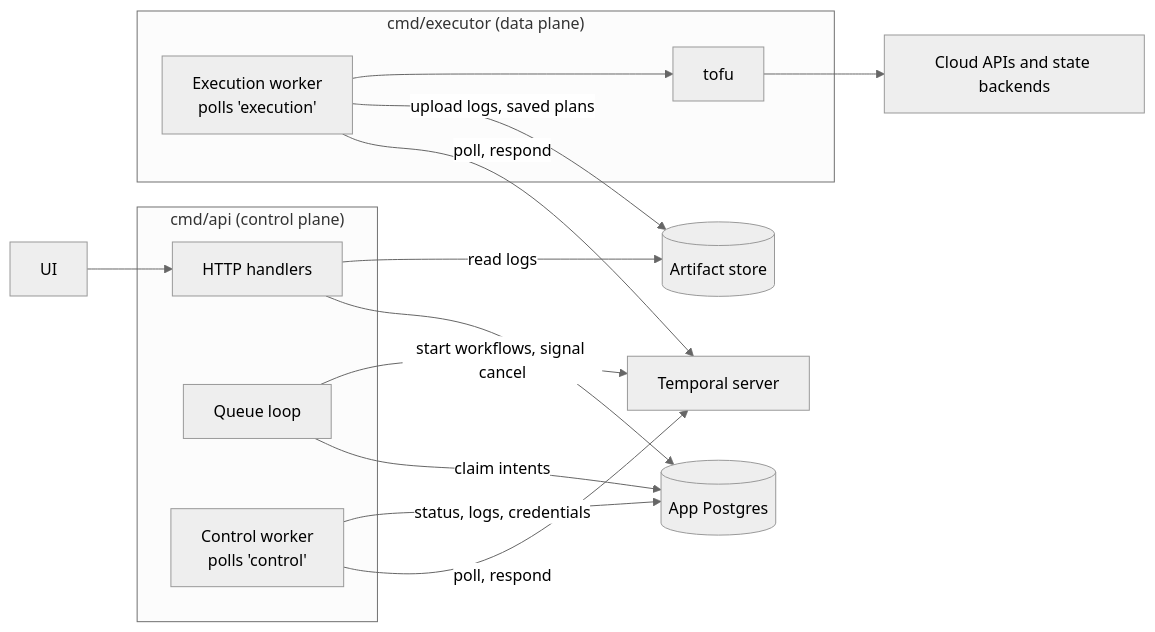
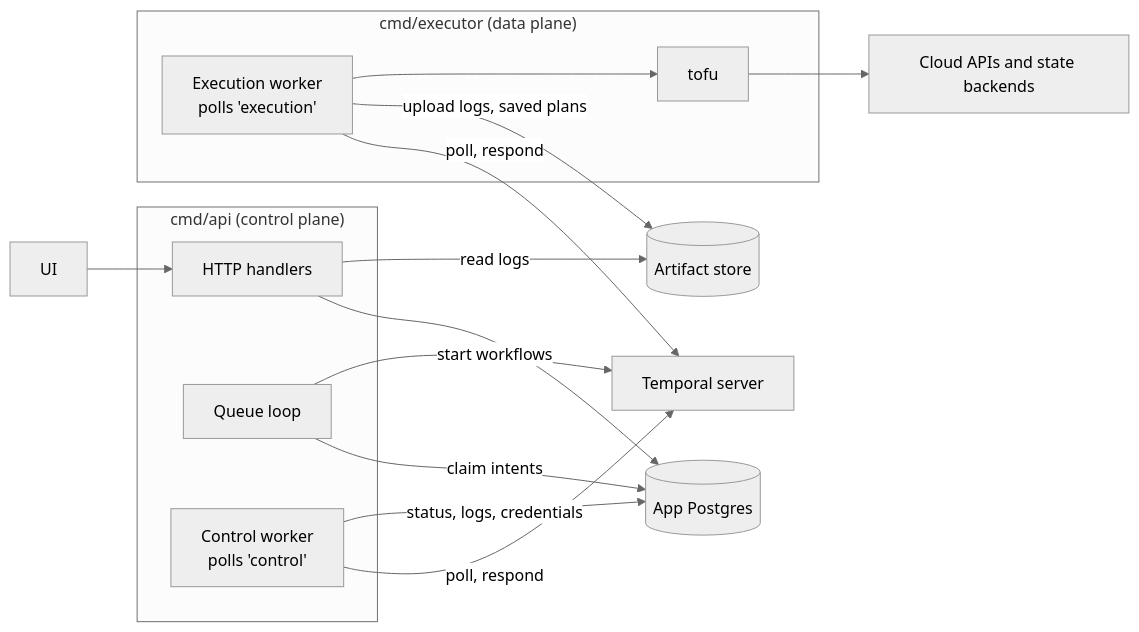
Before and after one commit to vishu42/tflive: the first of 4 diagrams in docs/apply-run-sequence.md, drawn with Mermaid (neutral theme). The commit also changed other lines of this file and 40 other files, not shown here.

````diff
--- a/docs/apply-run-sequence.md
+++ b/docs/apply-run-sequence.md
@@ -18,29 +18,29 @@
 ```mermaid
 flowchart LR
     UI[UI]
     subgraph api["cmd/api (control plane)"]
         HTTP[HTTP handlers]
         QL[Queue loop]
         CW["Control worker<br/>polls 'control'"]
     end
     PG[(App Postgres)]
     T[Temporal server]
     subgraph exec["cmd/executor (data plane)"]
         EX["Execution worker<br/>polls 'execution'"]
         TOFU[tofu]
     end
     AS[(Artifact store)]
     CLOUD[Cloud APIs and state backends]
 
     UI --> HTTP
     HTTP --> PG
     QL -->|claim intents| PG
-    QL -->|start workflows, signal cancel| T
+    QL -->|start workflows| T
     CW -->|poll, respond| T
     CW -->|status, logs, credentials| PG
     EX -->|poll, respond| T
     EX -->|upload logs, saved plans| AS
     HTTP -->|read logs| AS
     EX --> TOFU
     TOFU --> CLOUD
 ```
````
